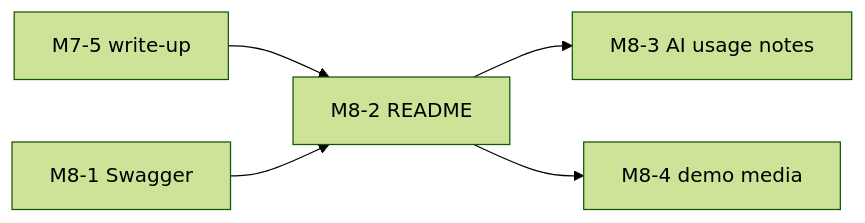
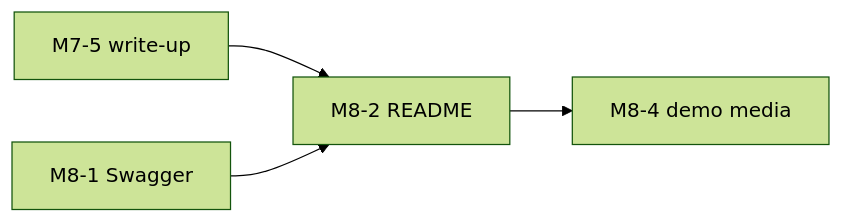
Before and after one commit to Danie1Le/Dropoff: the diagram in docs/milestones/M8.md, drawn with Mermaid (forest theme). The commit also changed other lines of this file and 12 other files, not shown here.

````diff
--- a/docs/milestones/M8.md
+++ b/docs/milestones/M8.md
@@ -21,7 +20,6 @@
 ```mermaid
 graph LR
   M75[M7-5 write-up] --> M82[M8-2 README]
   M81[M8-1 Swagger] --> M82
-  M82 --> M83[M8-3 AI usage notes]
   M82 --> M84[M8-4 demo media]
 ```
````
